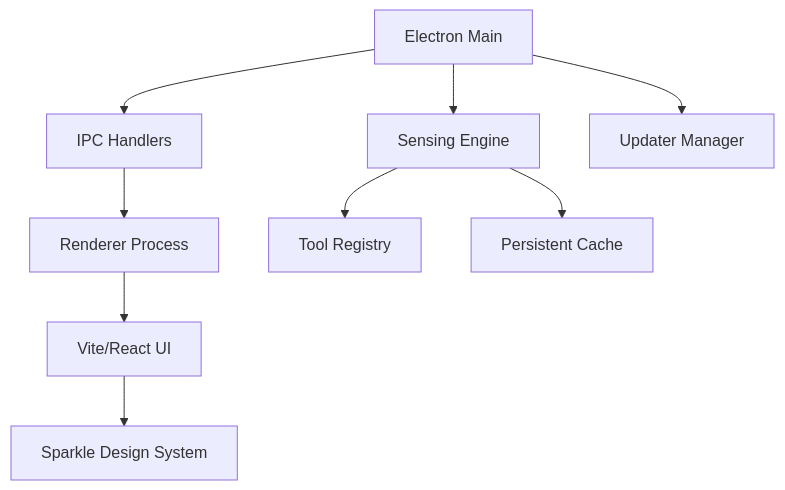
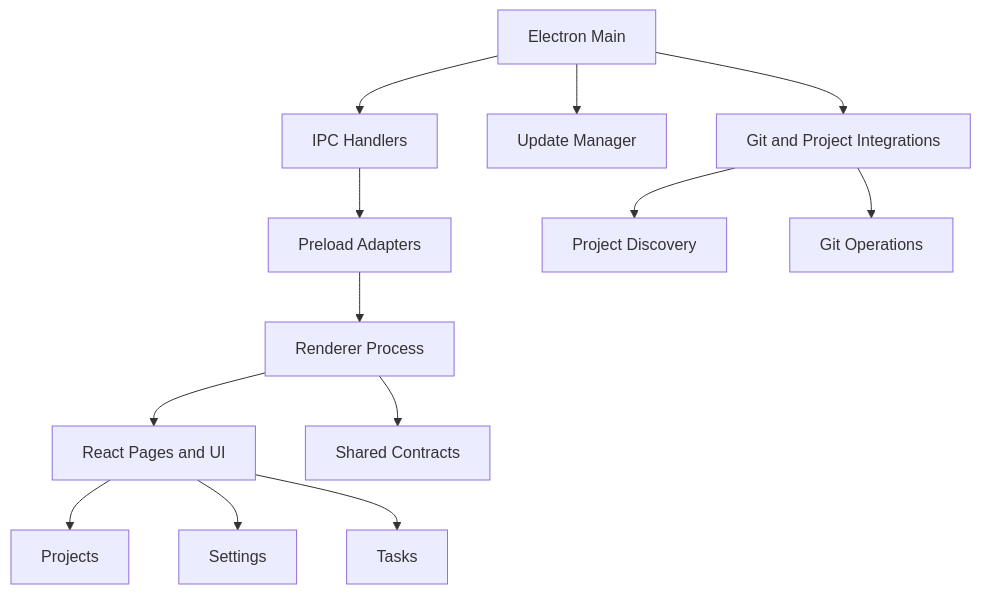
One commit to justelson/dev_scope changed the second of 2 diagrams in README.md. Above: the diagram before and after it, drawn with Mermaid. The commit also changed other lines of this file and 1 other file, not shown here.

````diff
--- a/README.md
+++ b/README.md
@@ -116,11 +148,15 @@
 ```mermaid
 graph TD
-    A[Electron Main] --> B[Sensing Engine]
-    A --> C[IPC Handlers]
-    A --> D[Updater Manager]
-    C --> E[Renderer Process]
-    E --> F[Vite/React UI]
-    F --> G[Sparkle Design System]
-    B --> H[Tool Registry]
-    B --> I[Persistent Cache]
+    A[Electron Main] --> B[IPC Handlers]
+    A --> C[Update Manager]
+    A --> D[Git and Project Integrations]
+    B --> E[Preload Adapters]
+    E --> F[Renderer Process]
+    F --> G[React Pages and UI]
+    G --> H[Projects]
+    G --> I[Settings]
+    G --> J[Tasks]
+    D --> K[Project Discovery]
+    D --> L[Git Operations]
+    F --> M[Shared Contracts]
 ```
````
